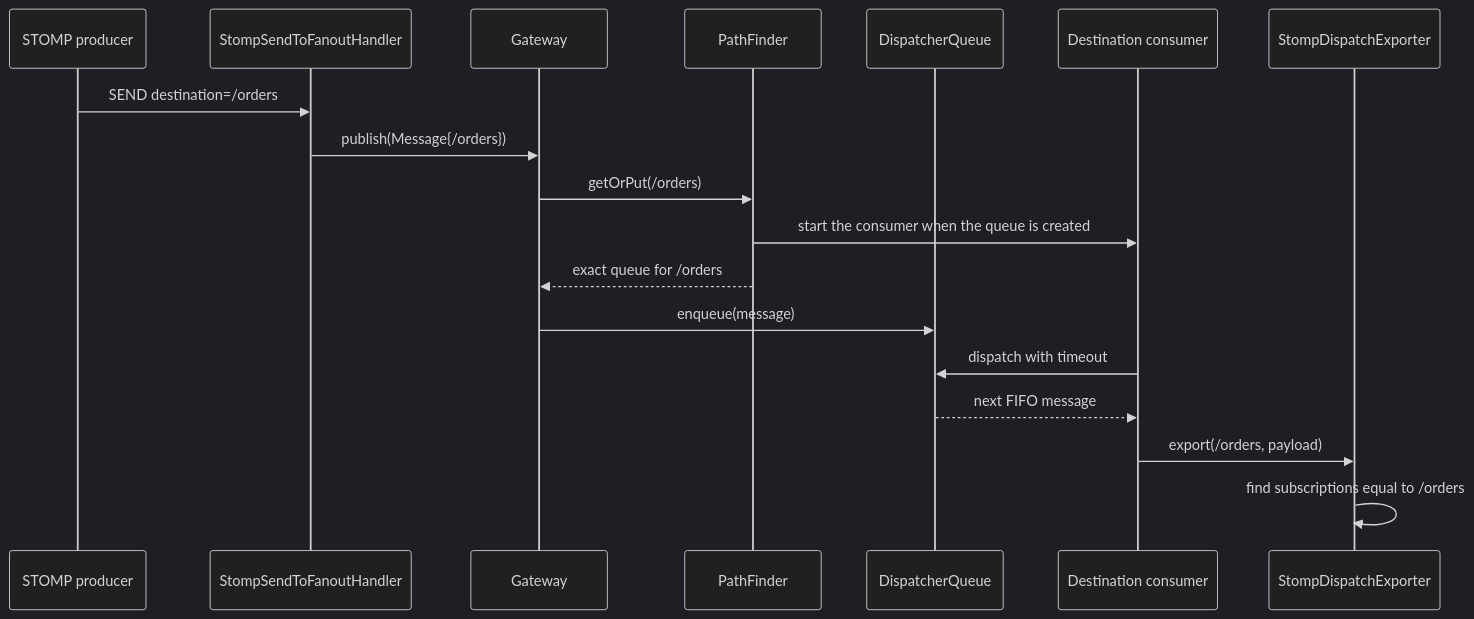
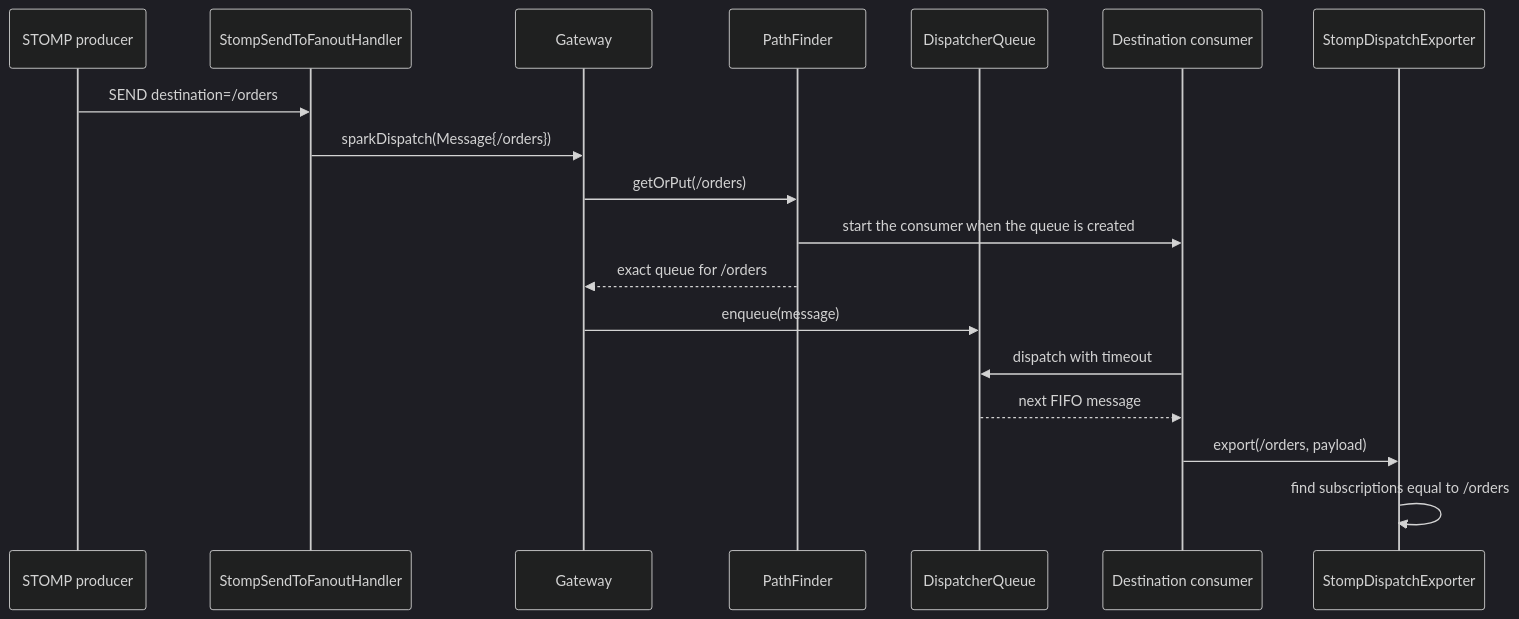
One commit to traffic-hunter/titan changed the diagram in docs/concepts/destinations.md. Above: the diagram before and after it, drawn with Mermaid (dark theme). The commit also changed other lines of this file and 2 other files, not shown here.

Commit message:
Describe the gateway and dispatcher split in the dispatch docs

````diff
--- a/docs/concepts/destinations.md
+++ b/docs/concepts/destinations.md
@@ -23,21 +23,21 @@
 ```mermaid
 sequenceDiagram
     participant P as STOMP producer
     participant H as StompSendToFanoutHandler
     participant G as Gateway
     participant D as PathFinder
     participant Q as DispatcherQueue
     participant C as Destination consumer
     participant E as StompDispatchExporter
 
     P->>H: SEND destination=/orders
-    H->>G: publish(Message{/orders})
+    H->>G: sparkDispatch(Message{/orders})
     G->>D: getOrPut(/orders)
     D->>C: start the consumer when the queue is created
     D-->>G: exact queue for /orders
     G->>Q: enqueue(message)
     C->>Q: dispatch with timeout
     Q-->>C: next FIFO message
     C->>E: export(/orders, payload)
     E->>E: find subscriptions equal to /orders
 ```
````
